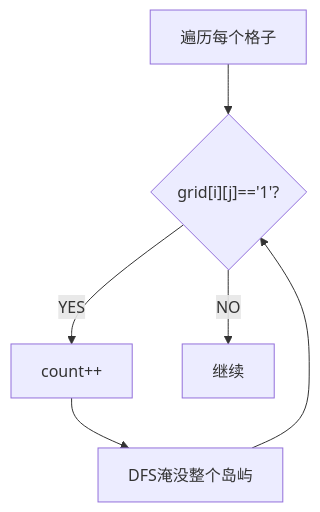
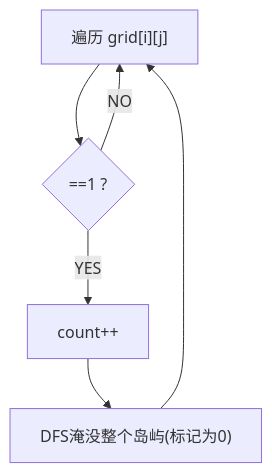
One commit to chongyang211/YCBookBlog changed the diagram in docs/09.算法/13.图算法题/096.岛屿数量.md. Above: the diagram before and after it, drawn with Mermaid. The commit also changed other lines of this file and 33 other files, not shown here.

````diff
--- a/docs/09.算法/13.图算法题/096.岛屿数量.md
+++ b/docs/09.算法/13.图算法题/096.岛屿数量.md
@@ -21,8 +40,8 @@
 ```mermaid
 flowchart TD
-    A["遍历每个格子"] --> B{"grid[i][j]=='1'?"}
+    A["遍历 grid[i][j]"] --> B{"==1 ?"}
     B -->|YES| C["count++"]
-    C --> D["DFS淹没整个岛屿"]
-    D --> B
-    B -->|NO| E["继续"]
+    C --> D["DFS淹没整个岛屿(标记为0)"]
+    D --> A
+    B -->|NO| A
 ```
````
